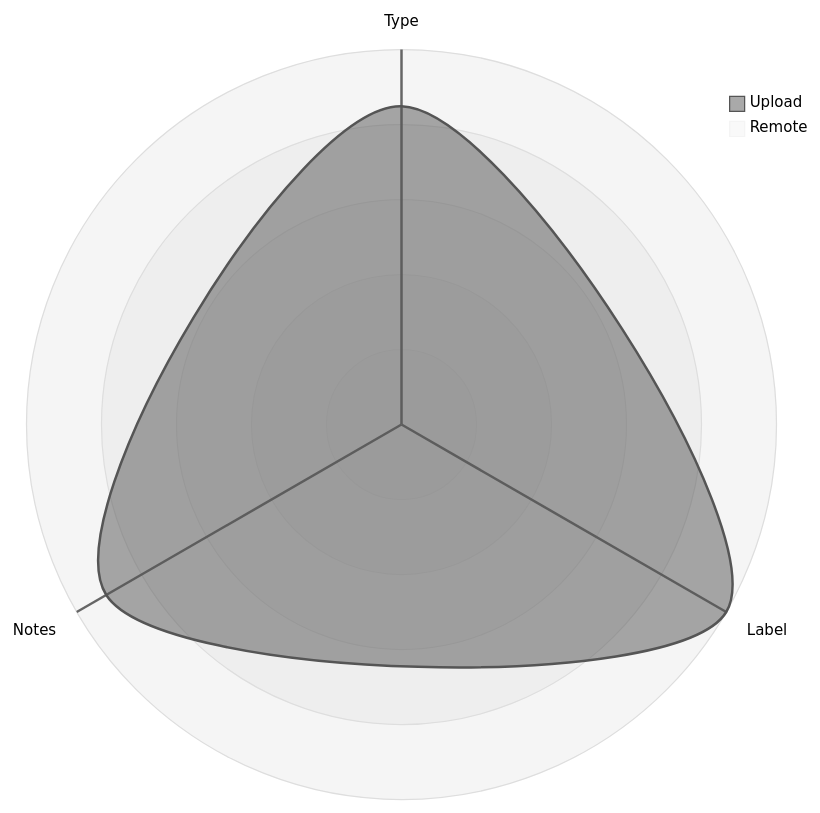
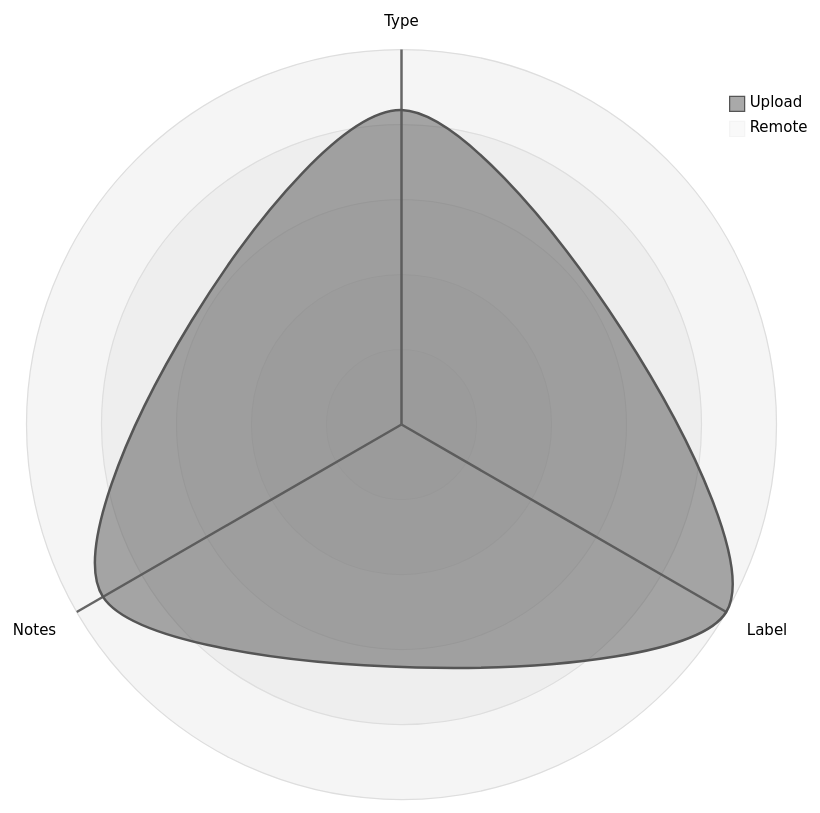
One commit to open-data/analytics-corporate-reporting changed the third of 5 diagrams in datastore_tracker/README.md. Above: the diagram before and after it, drawn with Mermaid (neutral theme). The commit also changed other lines of this file and 11 other files, not shown here.

````diff
--- a/datastore_tracker/README.md
+++ b/datastore_tracker/README.md
@@ -105,12 +105,12 @@
 ```mermaid
 radar-beta
   axis T["Type"], L["Label"], N["Notes"]
-  curve u["Upload"]{0.00084, 0.00099, 0.0009}
+  curve u["Upload"]{0.00083, 0.00099, 0.00091}
   curve r["Remote"]{0, 0, 0}
 
   showLegend true
 
   min 0
   graticule circle
   ticks 5
 ```
````
